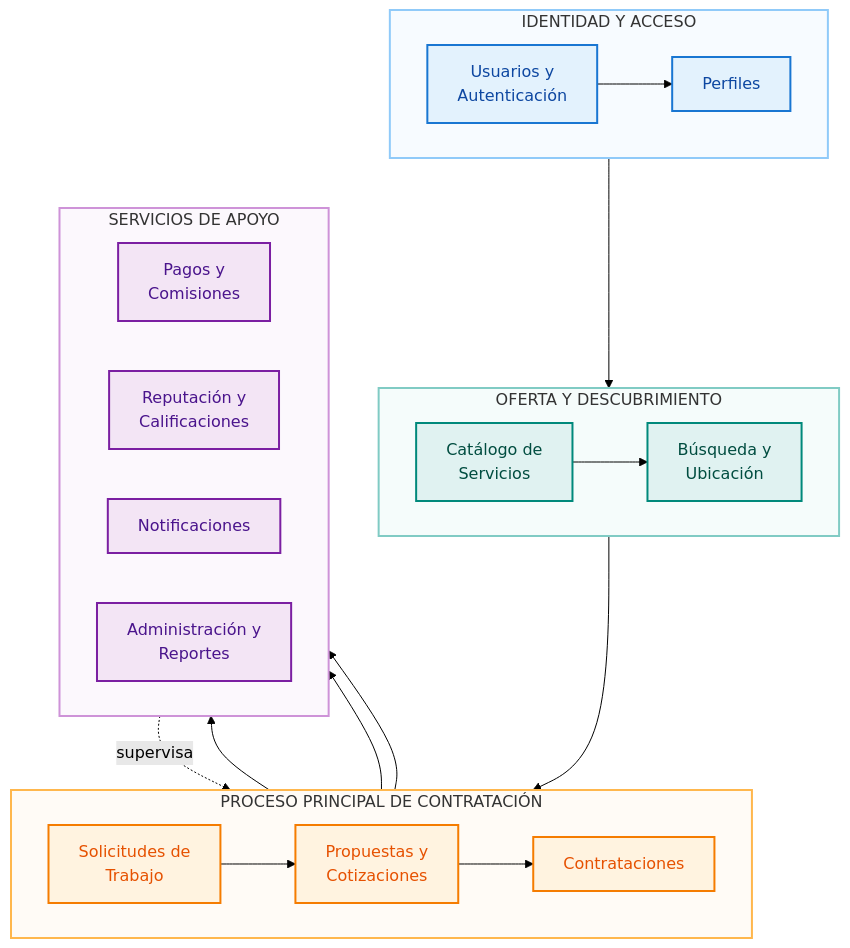
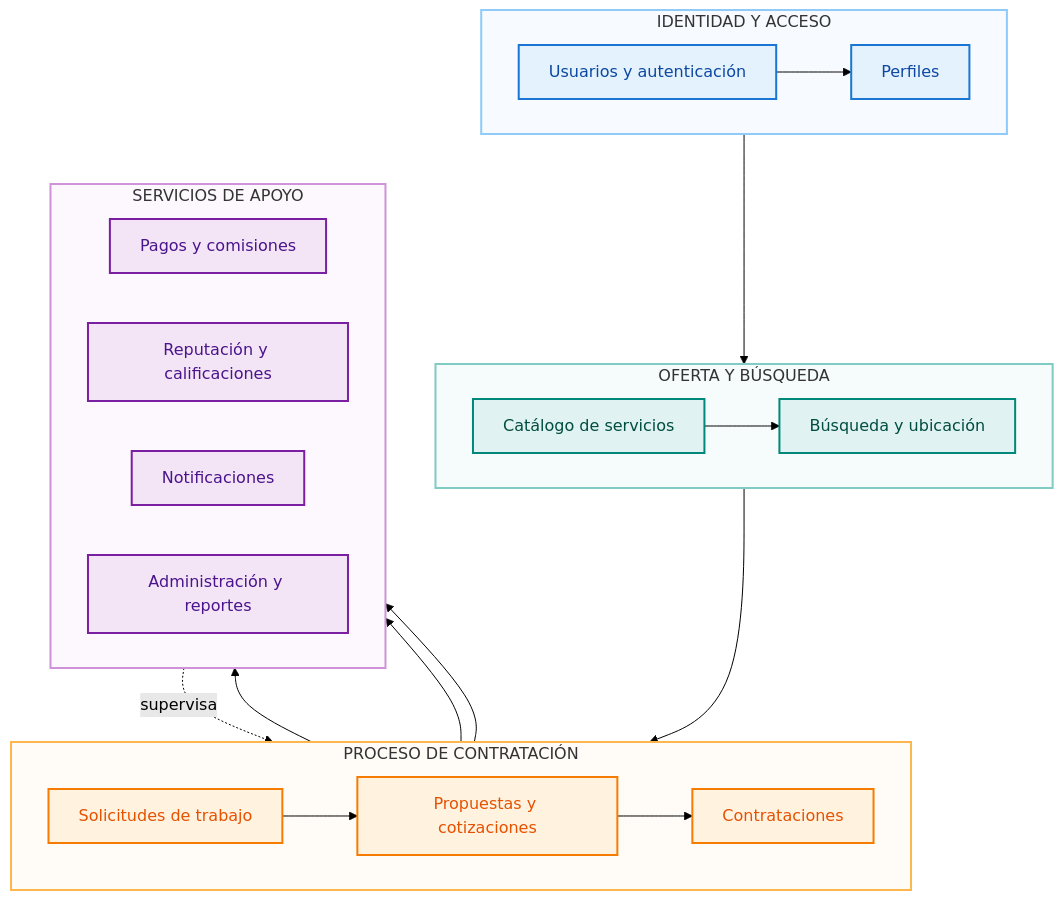
The second of 7 diagrams in arquitectura/arquitectura-inicial.md (Roki-7/PlataformaServicios-Arquitectura-Anderson-Ochoa), drawn with Mermaid (forest theme) before and after one commit. The commit also changed other lines of this file, not shown here.

Commit message:
docs: reorganizar arquitectura con diagramas profesionales

````diff
--- a/arquitectura/arquitectura-inicial.md
+++ b/arquitectura/arquitectura-inicial.md
@@ -174,65 +132,55 @@
 ```mermaid
 flowchart TB
 
-    subgraph IDENTIDAD["IDENTIDAD Y ACCESO"]
+    subgraph ID["IDENTIDAD Y ACCESO"]
         direction LR
-
-        USUARIOS["Usuarios y<br/>Autenticación"]
-        PERFILES["Perfiles"]
-
-        USUARIOS --> PERFILES
+        U["Usuarios y autenticación"]
+        PF["Perfiles"]
+        U --> PF
     end
 
-    subgraph OFERTA["OFERTA Y DESCUBRIMIENTO"]
+    subgraph OF["OFERTA Y BÚSQUEDA"]
         direction LR
-
-        CATALOGO["Catálogo de<br/>Servicios"]
-        BUSQUEDA["Búsqueda y<br/>Ubicación"]
-
-        CATALOGO --> BUSQUEDA
+        CAT["Catálogo de servicios"]
+        BUS["Búsqueda y ubicación"]
+        CAT --> BUS
     end
 
-    subgraph NEGOCIO["PROCESO PRINCIPAL DE CONTRATACIÓN"]
+    subgraph PR["PROCESO DE CONTRATACIÓN"]
         direction LR
-
-        SOLICITUDES["Solicitudes de<br/>Trabajo"]
-        PROPUESTAS["Propuestas y<br/>Cotizaciones"]
-        CONTRATACION["Contrataciones"]
-
-        SOLICITUDES --> PROPUESTAS
-        PROPUESTAS --> CONTRATACION
+        SOL["Solicitudes de trabajo"]
+        PROP["Propuestas y cotizaciones"]
+        CONT["Contrataciones"]
+        SOL --> PROP --> CONT
     end
 
-    subgraph APOYO["SERVICIOS DE APOYO"]
+    subgraph AP["SERVICIOS DE APOYO"]
         direction LR
-
-        PAGOS["Pagos y<br/>Comisiones"]
-        REPUTACION["Reputación y<br/>Calificaciones"]
-        NOTIFICACIONES["Notificaciones"]
-        ADMINISTRACION["Administración y<br/>Reportes"]
+        PAG["Pagos y comisiones"]
+        REP["Reputación y calificaciones"]
+        NOT["Notificaciones"]
+        ADM["Administración y reportes"]
     end
 
-    PERFILES --> CATALOGO
-    BUSQUEDA --> SOLICITUDES
+    PF --> CAT
+    BUS --> SOL
+    CONT --> PAG
+    CONT --> REP
+    CONT --> NOT
+    ADM -. supervisa .-> CONT
 
-    CONTRATACION --> PAGOS
-    CONTRATACION --> REPUTACION
-    CONTRATACION --> NOTIFICACIONES
-    ADMINISTRACION -. supervisa .-> CONTRATACION
-
-
-    classDef identity fill:#E3F2FD,stroke:#1976D2,color:#0D47A1,stroke-width:2px;
-    classDef discovery fill:#E0F2F1,stroke:#00897B,color:#004D40,stroke-width:2px;
-    classDef business fill:#FFF3E0,stroke:#F57C00,color:#E65100,stroke-width:2px;
+    classDef id fill:#E3F2FD,stroke:#1976D2,color:#0D47A1,stroke-width:2px;
+    classDef offer fill:#E0F2F1,stroke:#00897B,color:#004D40,stroke-width:2px;
+    classDef process fill:#FFF3E0,stroke:#F57C00,color:#E65100,stroke-width:2px;
     classDef support fill:#F3E5F5,stroke:#7B1FA2,color:#4A148C,stroke-width:2px;
 
-    class USUARIOS,PERFILES identity;
-    class CATALOGO,BUSQUEDA discovery;
-    class SOLICITUDES,PROPUESTAS,CONTRATACION business;
-    class PAGOS,REPUTACION,NOTIFICACIONES,ADMINISTRACION support;
+    class U,PF id;
+    class CAT,BUS offer;
+    class SOL,PROP,CONT process;
+    class PAG,REP,NOT,ADM support;
 
-    style IDENTIDAD fill:#F7FBFF,stroke:#90CAF9,stroke-width:2px
-    style OFERTA fill:#F5FCFB,stroke:#80CBC4,stroke-width:2px
-    style NEGOCIO fill:#FFFBF6,stroke:#FFB74D,stroke-width:2px
-    style APOYO fill:#FCF8FD,stroke:#CE93D8,stroke-width:2px
+    style ID fill:#F7FBFF,stroke:#90CAF9,stroke-width:2px
+    style OF fill:#F5FCFB,stroke:#80CBC4,stroke-width:2px
+    style PR fill:#FFFBF6,stroke:#FFB74D,stroke-width:2px
+    style AP fill:#FCF8FD,stroke:#CE93D8,stroke-width:2px
 ```
````
